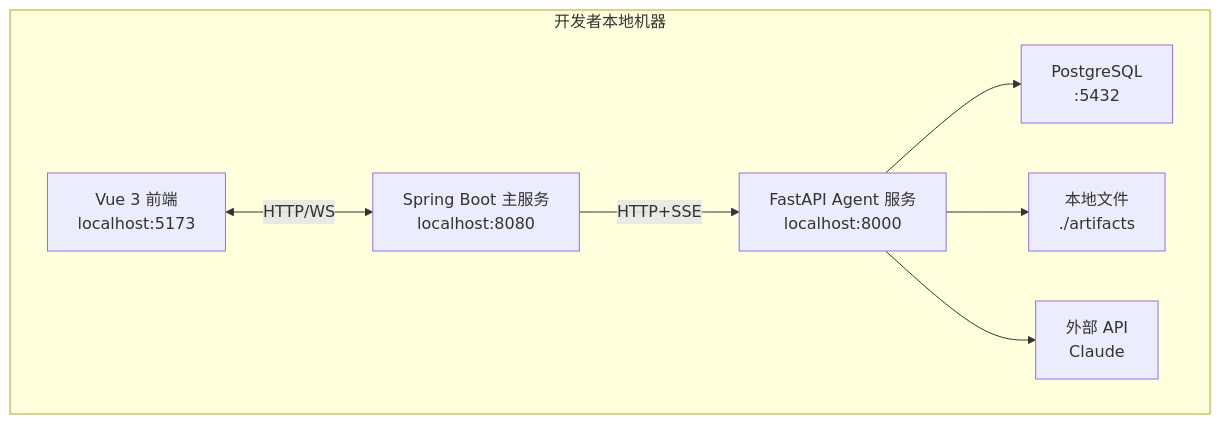
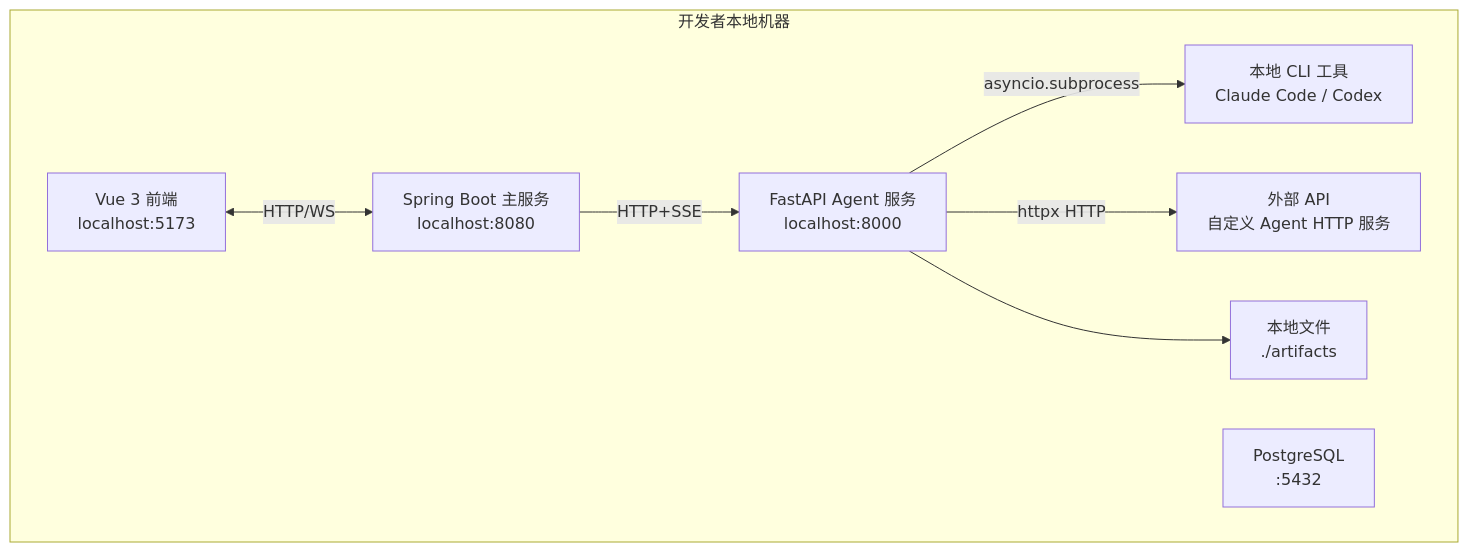
One commit to IAyousa/Agenthub_demo changed the first of 4 diagrams in docs/架构拓扑图与项目目录结构.md. Above: the diagram before and after it, drawn with Mermaid. The commit also changed other lines of this file and 4 other files, not shown here.

````diff
--- a/docs/架构拓扑图与项目目录结构.md
+++ b/docs/架构拓扑图与项目目录结构.md
@@ -12,17 +12,18 @@
 ```mermaid
 flowchart TB
 	subgraph Local[开发者本地机器]
 		FE[Vue 3 前端\nlocalhost:5173]
 		BE[Spring Boot 主服务\nlocalhost:8080]
 		AG[FastAPI Agent 服务\nlocalhost:8000]
 		DB[PostgreSQL\n:5432]
 		FS[本地文件\n./artifacts]
-		EXT[外部 API\nClaude]
+		CLI[本地 CLI 工具\nClaude Code / Codex]
+		EXT[外部 API\n自定义 Agent HTTP 服务]
 	end
 
 	FE <--> |HTTP/WS| BE
 	BE --> |HTTP+SSE| AG
-	AG --> DB
+	AG --> |asyncio.subprocess| CLI
+	AG --> |httpx HTTP| EXT
 	AG --> FS
-	AG --> EXT
 ```
````
